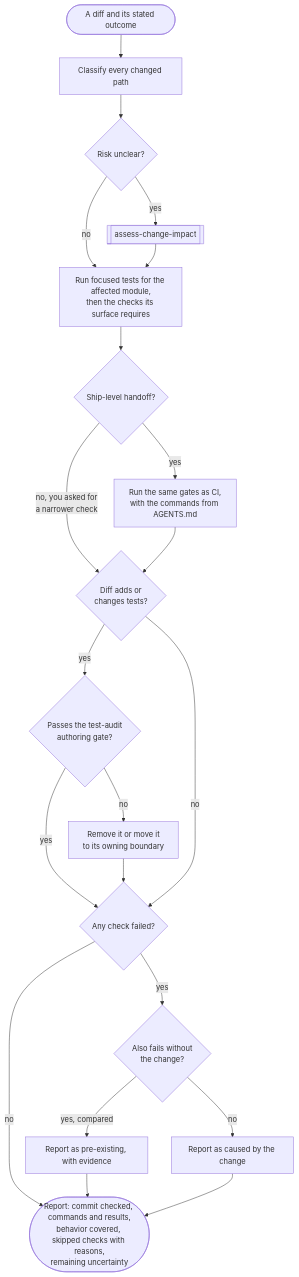
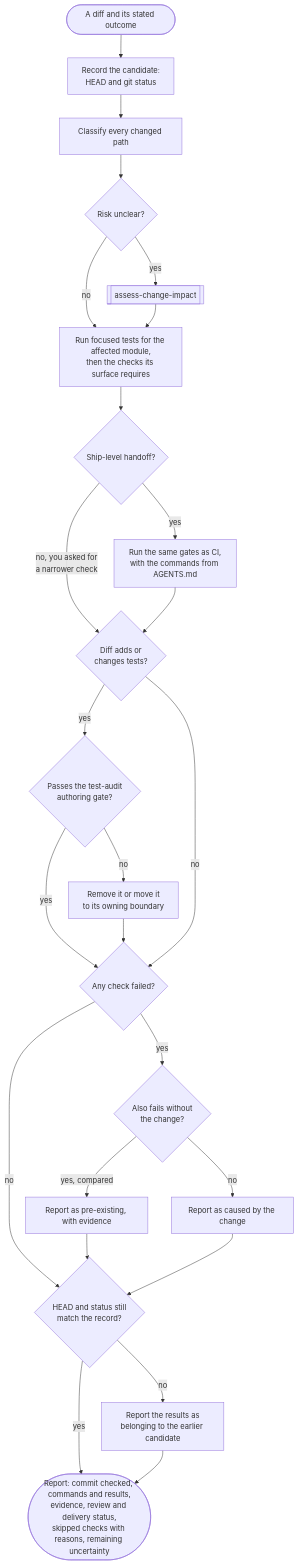
One commit to Sannrox/agent-kit changed diagram 11 of 20 in docs/skill-flows.md. Above: the diagram before and after it, drawn with Mermaid. The commit also changed other lines of this file and 1 other file, not shown here.

Commit message:
feat(verify-change): pin evidence to the exact candidate (#80)
Record HEAD and status before checking and repeat the guard at the end;
count hosted checks only on the exact candidate SHA; keep evidence,
review, and delivery status separate; name what mocked tests leave
unproven; repair causes at their owner. The description no longer names
one language.

````diff
--- a/docs/skill-flows.md
+++ b/docs/skill-flows.md
@@ -313,23 +313,27 @@
 ```mermaid
 flowchart TD
-    start(["A diff and its stated outcome"]) --> classify["Classify every changed path"]
+    start(["A diff and its stated outcome"]) --> record["Record the candidate:<br/>HEAD and git status"]
+    record --> classify["Classify every changed path"]
     classify --> risk{"Risk unclear?"}
     risk -->|"yes"| impact[["assess-change-impact"]]
     risk -->|"no"| focused
     impact --> focused["Run focused tests for the affected module,<br/>then the checks its surface requires"]
     focused --> ship{"Ship-level handoff?"}
     ship -->|"yes"| gates["Run the same gates as CI,<br/>with the commands from AGENTS.md"]
     ship -->|"no, you asked for<br/>a narrower check"| tests
     gates --> tests{"Diff adds or<br/>changes tests?"}
     tests -->|"yes"| audit{"Passes the test-audit<br/>authoring gate?"}
     audit -->|"no"| remove["Remove it or move it<br/>to its owning boundary"]
     audit -->|"yes"| fail
     remove --> fail
     tests -->|"no"| fail{"Any check failed?"}
     fail -->|"yes"| pre{"Also fails without<br/>the change?"}
     pre -->|"yes, compared"| existing["Report as pre-existing, with evidence"]
     pre -->|"no"| blocking["Report as caused by the change"]
-    fail -->|"no"| report
-    existing --> report
-    blocking --> report(["Report: commit checked, commands and results,<br/>behavior covered, skipped checks with reasons,<br/>remaining uncertainty"])
+    fail -->|"no"| guard
+    existing --> guard
+    blocking --> guard{"HEAD and status still<br/>match the record?"}
+    guard -->|"no"| earlier["Report the results as<br/>belonging to the earlier candidate"]
+    guard -->|"yes"| report
+    earlier --> report(["Report: commit checked, commands and results,<br/>evidence, review and delivery status,<br/>skipped checks with reasons, remaining uncertainty"])
 ```
````
